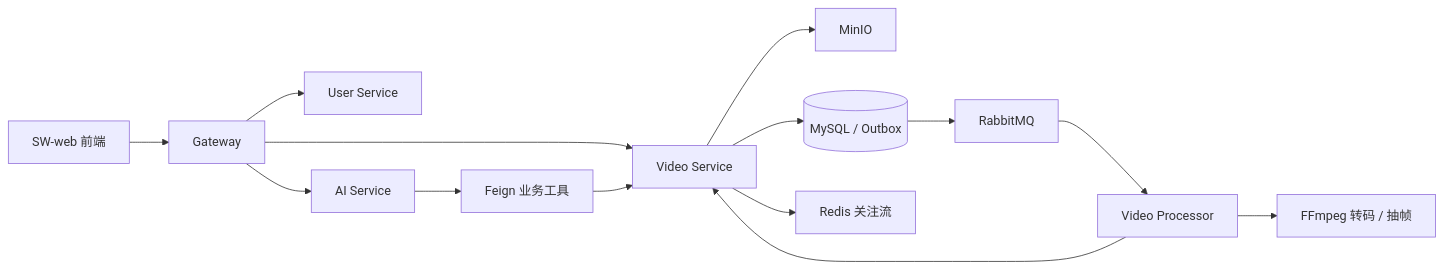
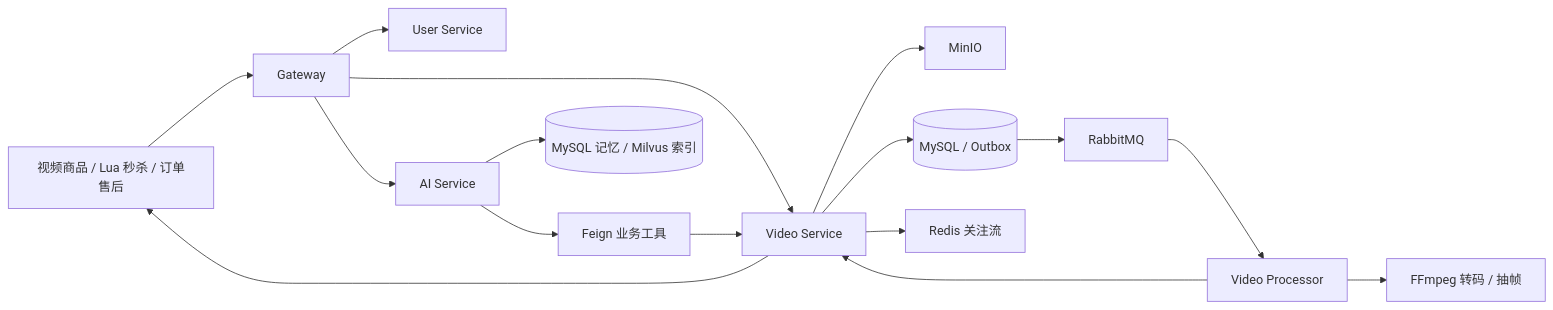
One commit to Yakuso234/SW changed the diagram in README.md. Above: the diagram before and after it, drawn with Mermaid. The commit also changed other lines of this file and 72 other files, not shown here.

````diff
--- a/README.md
+++ b/README.md
@@ -9,16 +9,18 @@
 ```mermaid
 flowchart LR
     C["SW-web 前端"] --> G["Gateway"]
     G --> U["User Service"]
     G --> V["Video Service"]
     V --> M["MinIO"]
     V --> D[("MySQL / Outbox")]
     D --> Q["RabbitMQ"]
     Q --> P["Video Processor"]
     P --> F["FFmpeg 转码 / 抽帧"]
     P --> V
     V --> R["Redis 关注流"]
+    V --> C["视频商品 / Lua 秒杀 / 订单售后"]
     G --> A["AI Service"]
+    A --> K[("MySQL 记忆 / Milvus 索引")]
     A --> T["Feign 业务工具"]
     T --> V
 ```
````
